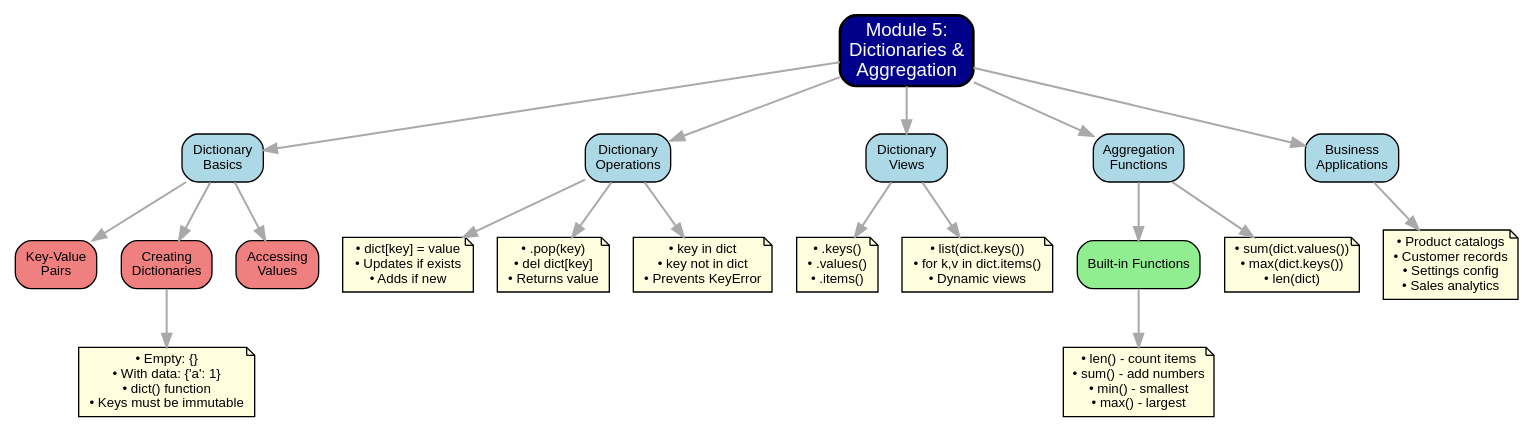
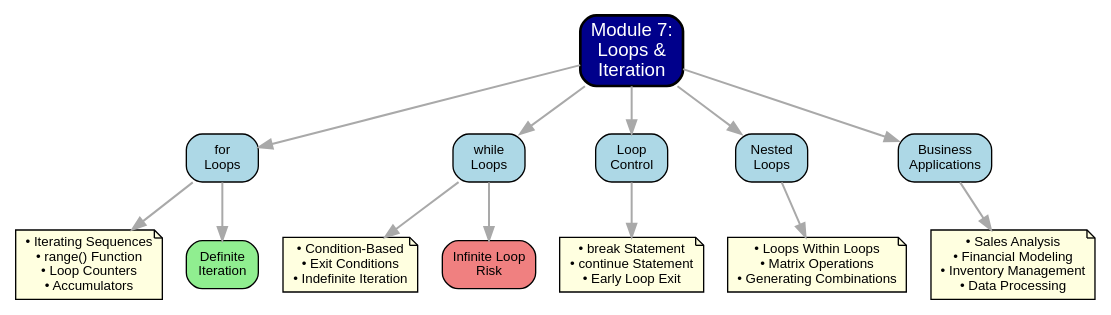
Before and after one commit to prof-tcsmith/muma-intro-python: the diagram in images/mindmaps/module05-mindmap.dot, drawn with Graphviz. The commit also changed 32 other files, not shown here.

```diff
--- a/images/mindmaps/module05-mindmap.dot
+++ b/images/mindmaps/module05-mindmap.dot
@@ -1,50 +1,40 @@
-digraph Module5_MindMap {
+digraph Module7_MindMap {
     rankdir=TB;
     node [shape=box, style="rounded,filled", fillcolor=lightblue, fontname="Arial", fontsize=10];
     edge [color=darkgray, penwidth=1.5];
     
     // Central node
-    central [label="Module 5:\nDictionaries &\nAggregation", fillcolor=darkblue, fontcolor=white, fontsize=14, penwidth=2];
+    central [label="Module 7:\nLoops &\nIteration", fillcolor=darkblue, fontcolor=white, fontsize=14, penwidth=2];
     
     // Main branches
-    dict_basics [label="Dictionary\nBasics", fillcolor=lightblue];
-    dict_ops [label="Dictionary\nOperations", fillcolor=lightblue];
-    dict_views [label="Dictionary\nViews", fillcolor=lightblue];
-    aggregation [label="Aggregation\nFunctions", fillcolor=lightblue];
+    for_loops [label="for\nLoops", fillcolor=lightblue];
+    while_loops [label="while\nLoops", fillcolor=lightblue];
+    loop_control [label="Loop\nControl", fillcolor=lightblue];
+    nested_loops [label="Nested\nLoops", fillcolor=lightblue];
     applications [label="Business\nApplications", fillcolor=lightblue];
     
-    // Sub-branches for Dictionary Basics
-    key_value [label="Key-Value\nPairs", fillcolor=lightcoral];
-    creating [label="Creating\nDictionaries", fillcolor=lightcoral];
-    accessing [label="Accessing\nValues", fillcolor=lightcoral];
+    // Sub-branches for for Loops
+    for_concepts [label="• Iterating Sequences\n• range() Function\n• Loop Counters\n• Accumulators", shape=note, fillcolor=lightyellow];
+    definite [label="Definite\nIteration", fillcolor=lightgreen];
     
-    // Dictionary creation details
-    create_details [label="• Empty: {}\n• With data: {'a': 1}\n• dict() function\n• Keys must be immutable", shape=note, fillcolor=lightyellow];
+    // Sub-branches for while Loops
+    while_concepts [label="• Condition-Based\n• Exit Conditions\n• Indefinite Iteration", shape=note, fillcolor=lightyellow];
+    infinite_risk [label="Infinite Loop\nRisk", fillcolor=lightcoral];
     
-    // Sub-branches for Dictionary Operations
-    add_update [label="• dict[key] = value\n• Updates if exists\n• Adds if new", shape=note, fillcolor=lightyellow];
-    remove [label="• .pop(key)\n• del dict[key]\n• Returns value", shape=note, fillcolor=lightyellow];
-    check [label="• key in dict\n• key not in dict\n• Prevents KeyError", shape=note, fillcolor=lightyellow];
+    // Sub-branches for Loop Control
+    control_statements [label="• break Statement\n• continue Statement\n• Early Loop Exit", shape=note, fillcolor=lightyellow];
     
-    // Sub-branches for Dictionary Views
-    views [label="• .keys()\n• .values()\n• .items()", shape=note, fillcolor=lightyellow];
-    view_usage [label="• list(dict.keys())\n• for k,v in dict.items()\n• Dynamic views", shape=note, fillcolor=lightyellow];
+    // Sub-branches for Nested Loops
+    nested_concepts [label="• Loops Within Loops\n• Matrix Operations\n• Generating Combinations", shape=note, fillcolor=lightyellow];
     
-    // Sub-branches for Aggregation
-    agg_funcs [label="Built-in Functions", fillcolor=lightgreen];
-    agg_details [label="• len() - count items\n• sum() - add numbers\n• min() - smallest\n• max() - largest", shape=note, fillcolor=lightyellow];
-    agg_dict [label="• sum(dict.values())\n• max(dict.keys())\n• len(dict)", shape=note, fillcolor=lightyellow];
-    
-    // Sub-branches for Applications
-    use_cases [label="• Product catalogs\n• Customer records\n• Settings config\n• Sales analytics", shape=note, fillcolor=lightyellow];
+    // Sub-branches for Business Applications
+    app_examples [label="• Sales Analysis\n• Financial Modeling\n• Inventory Management\n• Data Processing", shape=note, fillcolor=lightyellow];
     
     // Connections
-    central -> {dict_basics dict_ops dict_views aggregation applications};
-    dict_basics -> {key_value creating accessing};
-    creating -> create_details;
-    dict_ops -> {add_update remove check};
-    dict_views -> {views view_usage};
-    aggregation -> {agg_funcs agg_dict};
-    agg_funcs -> agg_details;
-    applications -> use_cases;
+    central -> {for_loops while_loops loop_control nested_loops applications};
+    for_loops -> {for_concepts definite};
+    while_loops -> {while_concepts infinite_risk};
+    loop_control -> control_statements;
+    nested_loops -> nested_concepts;
+    applications -> app_examples;
 }
```
